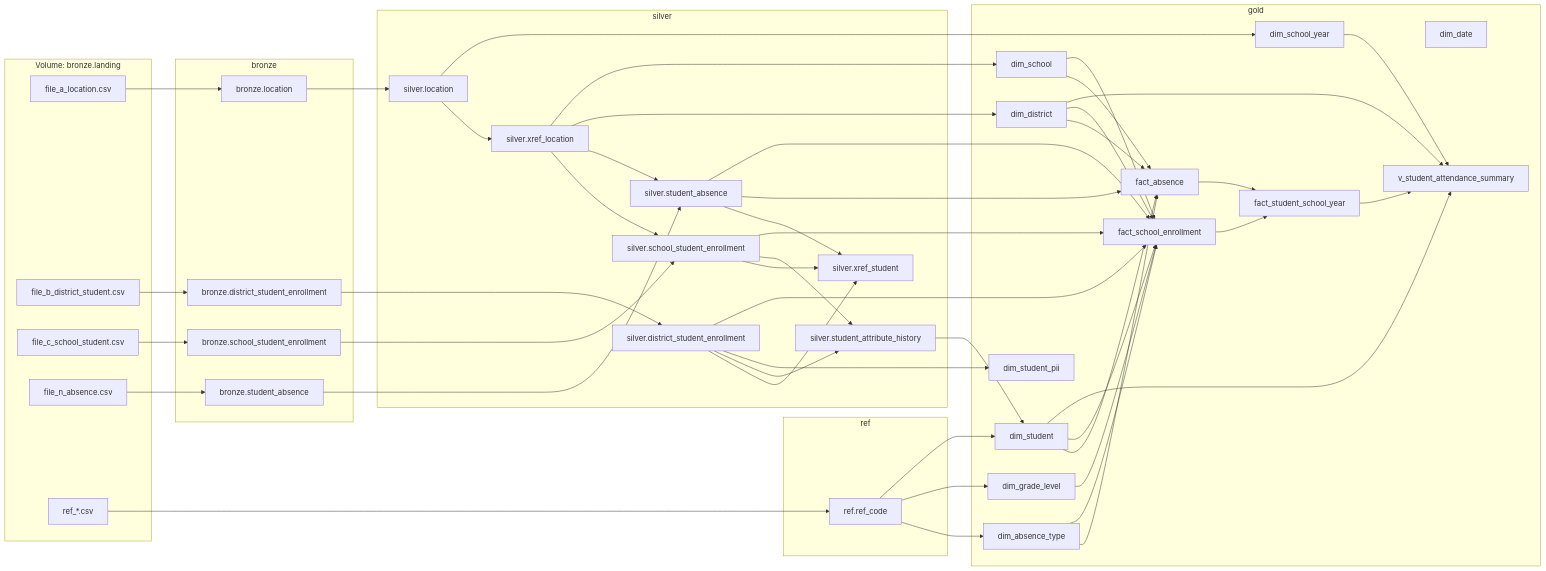
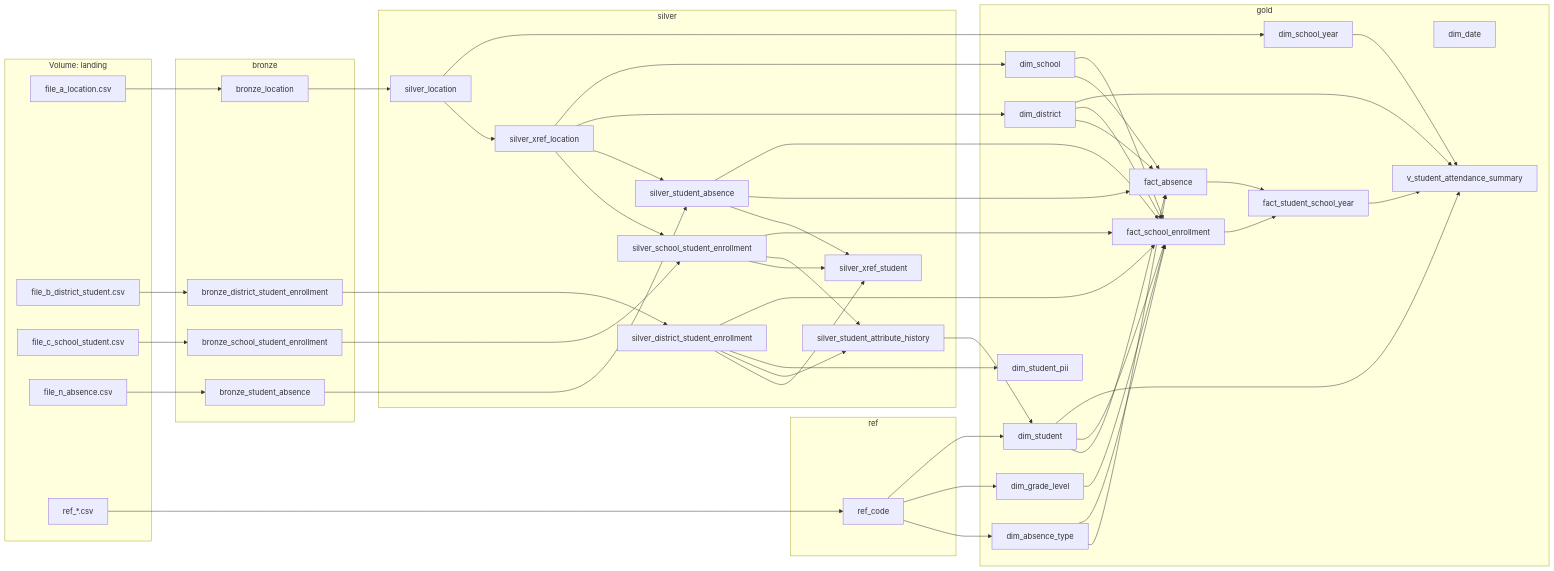
One commit to APWeller/data-model-p20W changed the diagram in demo/lineage/README.md. Above: the diagram before and after it, drawn with Mermaid. The commit also changed other lines of this file and 1 other file, not shown here.

````diff
--- a/demo/lineage/README.md
+++ b/demo/lineage/README.md
@@ -24,58 +25,58 @@
 ```mermaid
 flowchart LR
-  subgraph vol[Volume: bronze.landing]
+  subgraph vol[Volume: landing]
     fa[file_a_location.csv]
     fb[file_b_district_student.csv]
     fc[file_c_school_student.csv]
     fn[file_n_absence.csv]
     fr[ref_*.csv]
   end
   subgraph bronze
-    bA[bronze.location]
-    bB[bronze.district_student_enrollment]
-    bC[bronze.school_student_enrollment]
-    bN[bronze.student_absence]
+    bA[bronze_location]
+    bB[bronze_district_student_enrollment]
+    bC[bronze_school_student_enrollment]
+    bN[bronze_student_absence]
   end
   subgraph ref
-    rc[ref.ref_code]
+    rc[ref_code]
   end
   subgraph silver
-    sA[silver.location]
-    xl[silver.xref_location]
-    sB[silver.district_student_enrollment]
-    sC[silver.school_student_enrollment]
-    sN[silver.student_absence]
-    xs[silver.xref_student]
-    sah[silver.student_attribute_history]
+    sA[silver_location]
+    xl[silver_xref_location]
+    sB[silver_district_student_enrollment]
+    sC[silver_school_student_enrollment]
+    sN[silver_student_absence]
+    xs[silver_xref_student]
+    sah[silver_student_attribute_history]
   end
   subgraph gold
     dd[dim_date]
     dsy[dim_school_year]
     ddi[dim_district]
     dsc[dim_school]
     dat[dim_absence_type]
     dgl[dim_grade_level]
     dst[dim_student]
     dpii[dim_student_pii]
     fa_[fact_absence]
     fse[fact_school_enrollment]
     fssy[fact_student_school_year]
     v[v_student_attendance_summary]
   end
   fa --> bA; fb --> bB; fc --> bC; fn --> bN; fr --> rc
   bA --> sA --> xl
   bB --> sB
   bC --> sC; xl --> sC
   bN --> sN; xl --> sN
   sB --> xs; sC --> xs; sN --> xs
   sB --> sah; sC --> sah
   sA --> dsy
   xl --> ddi; xl --> dsc
   rc --> dat; rc --> dgl; rc --> dst
   sah --> dst
   sB --> dpii
   sN --> fa_; dst --> fa_; ddi --> fa_; dsc --> fa_; dat --> fa_
   sC --> fse; sN --> fse; sB --> fse; dst --> fse; ddi --> fse; dsc --> fse; dgl --> fse; dat --> fse
   fse --> fssy; fa_ --> fssy
   fssy --> v; dsy --> v; ddi --> v; dst --> v
 ```
````
